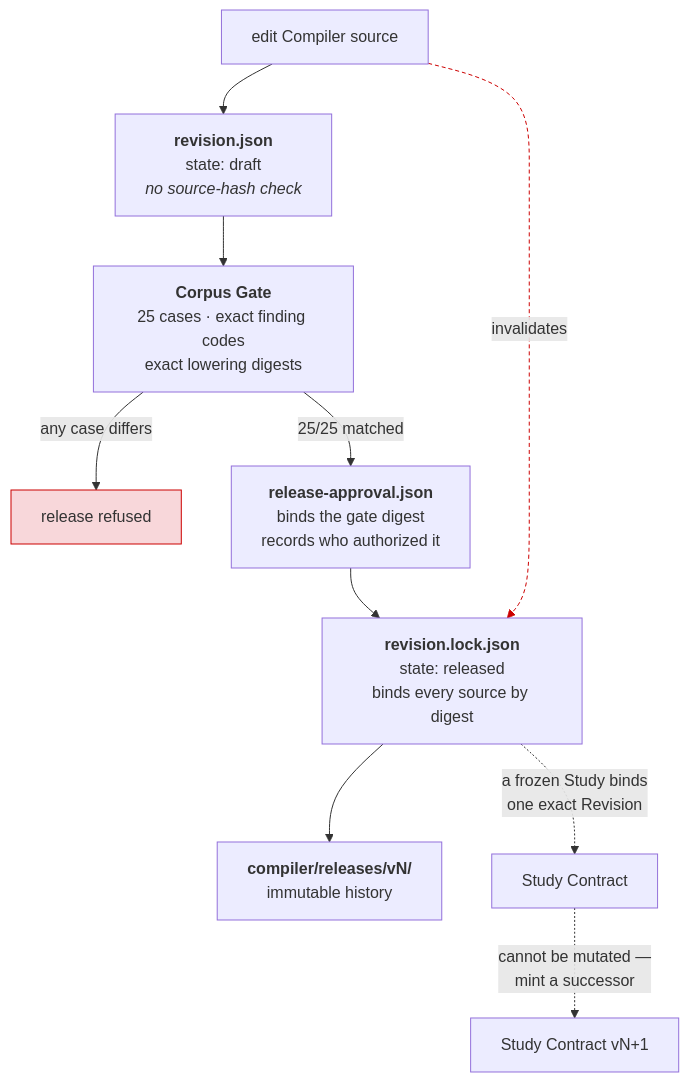
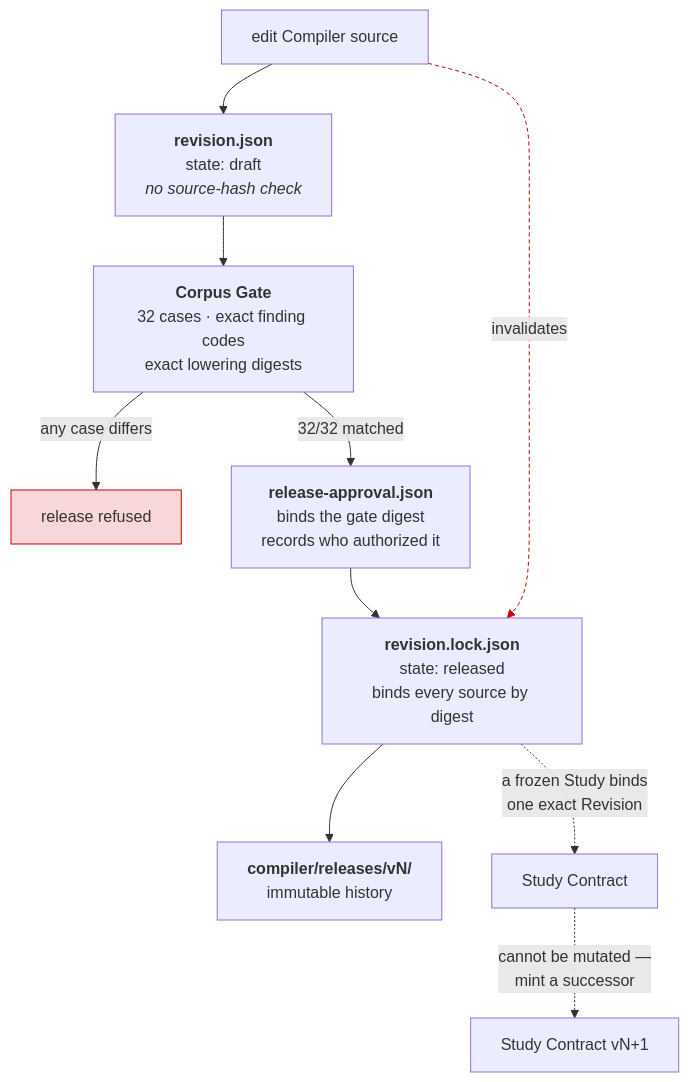
One commit to qhy991/open-cake-ir changed the sixth of 7 diagrams in docs/ARCHITECTURE.md. Above: the diagram before and after it, drawn with Mermaid. The commit also changed other lines of this file and 91 other files, not shown here.

````diff
--- a/docs/ARCHITECTURE.md
+++ b/docs/ARCHITECTURE.md
@@ -234,16 +238,16 @@
 ```mermaid
 graph TD
     E["edit Compiler source"] --> D["<b>revision.json</b><br/>state: draft<br/><i>no source-hash check</i>"]
-    D --> G["<b>Corpus Gate</b><br/>25 cases · exact finding codes<br/>exact lowering digests"]
+    D --> G["<b>Corpus Gate</b><br/>32 cases · exact finding codes<br/>exact lowering digests"]
     G -->|"any case differs"| STOP["release refused"]
-    G -->|"25/25 matched"| AP["<b>release-approval.json</b><br/>binds the gate digest<br/>records who authorized it"]
+    G -->|"32/32 matched"| AP["<b>release-approval.json</b><br/>binds the gate digest<br/>records who authorized it"]
     AP --> L["<b>revision.lock.json</b><br/>state: released<br/>binds every source by digest"]
     L --> AR["<b>compiler/releases/vN/</b><br/>immutable history"]
 
     L -.->|"a frozen Study binds<br/>one exact Revision"| SC["Study Contract"]
     E -.->|"invalidates"| L
     SC -.->|"cannot be mutated —<br/>mint a successor"| SC2["Study Contract vN+1"]
 
     style STOP fill:#f8d7da,stroke:#c00
     linkStyle 7 stroke:#c00,stroke-dasharray:4 3
 ```
````
